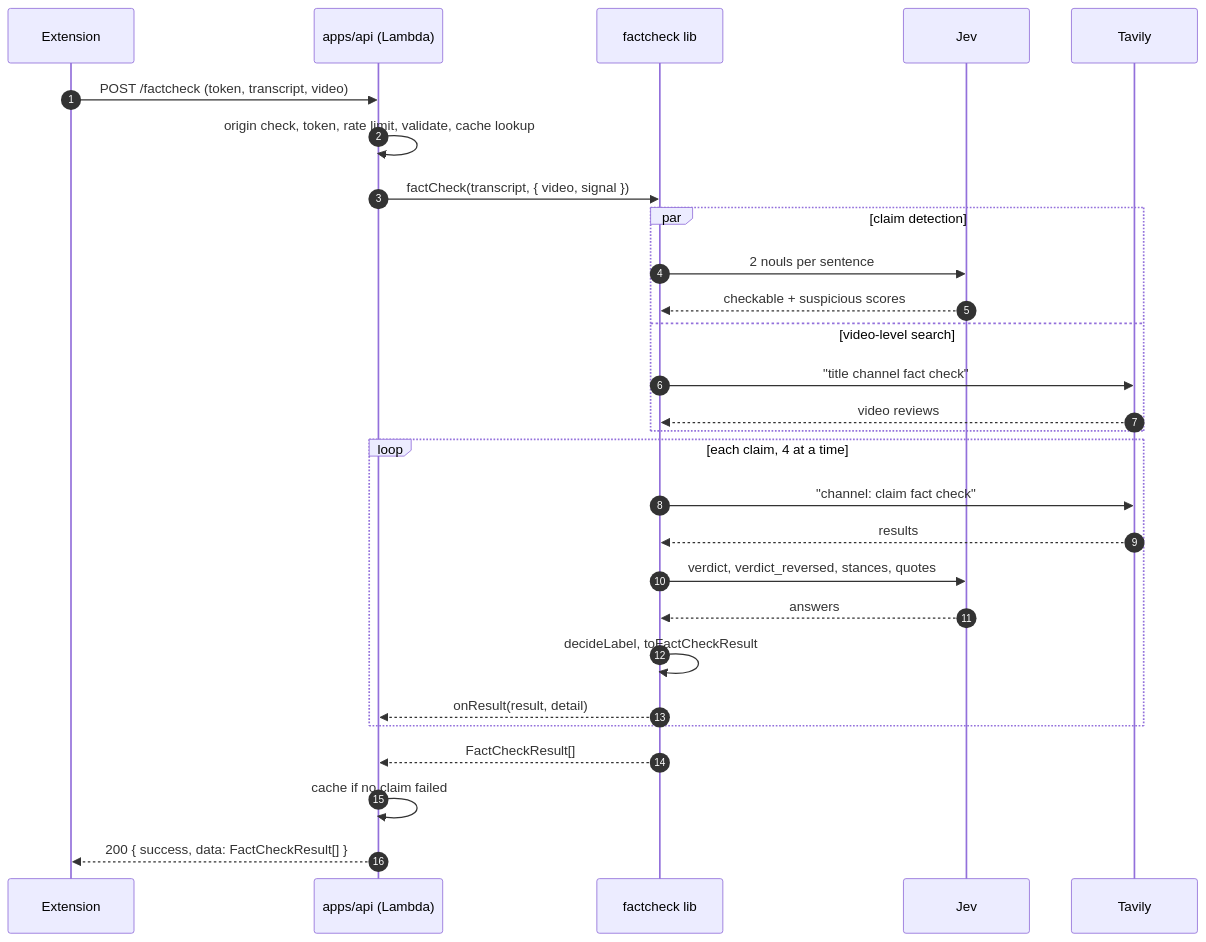
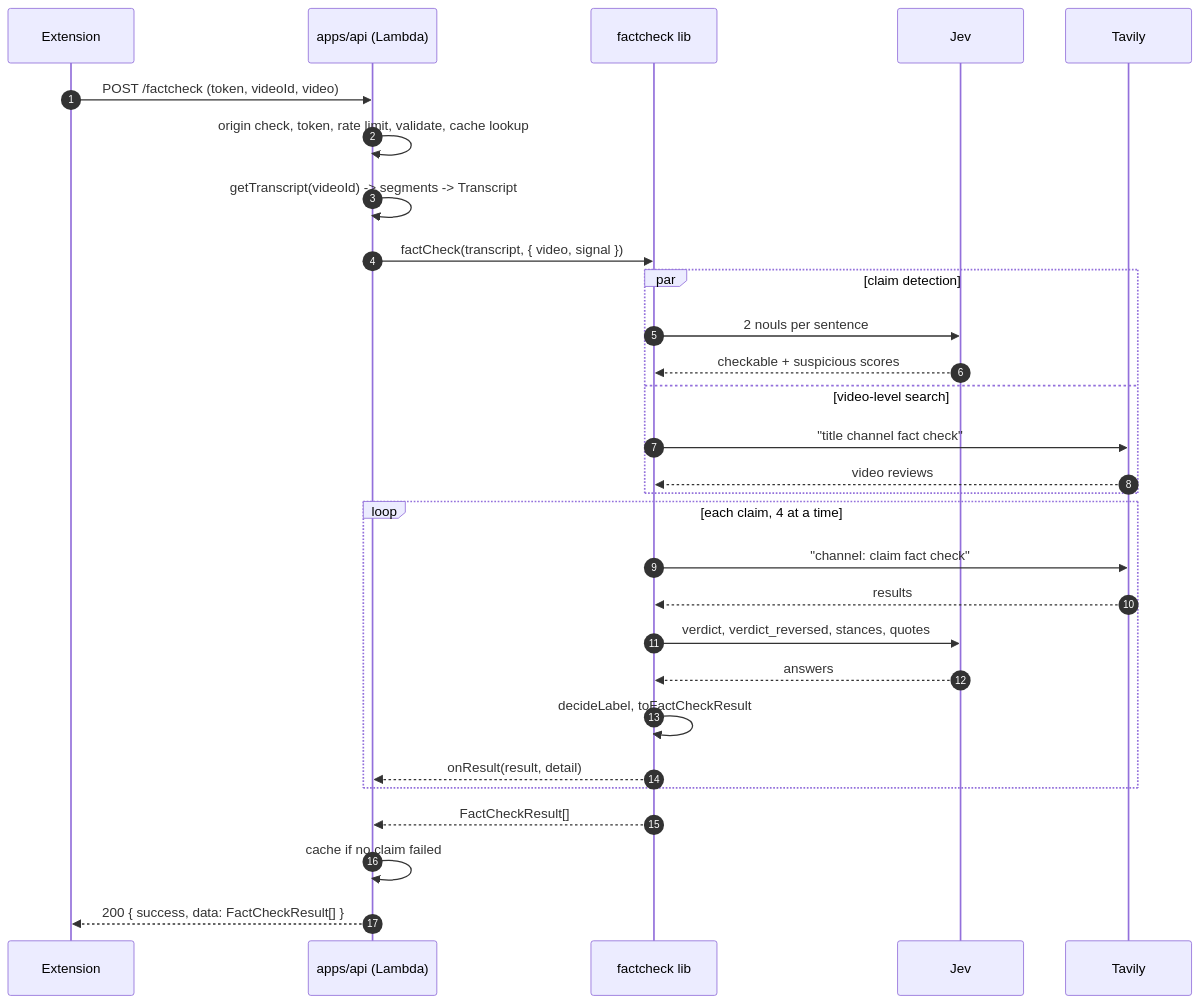
Before and after one commit to twbraam/pila: the sixth of 6 diagrams in packages/factcheck/docs/workflow.md, drawn with Mermaid. The commit also changed other lines of this file and 19 other files, not shown here.

First line of the commit message:
feat: API takes a YouTube video ID and loads the transcript itself

````diff
--- a/packages/factcheck/docs/workflow.md
+++ b/packages/factcheck/docs/workflow.md
@@ -193,31 +203,32 @@
 ```mermaid
 sequenceDiagram
     autonumber
     participant EXT as Extension
     participant API as apps/api (Lambda)
     participant FC as factcheck lib
     participant J as Jev
     participant T as Tavily
 
-    EXT->>API: POST /factcheck (token, transcript, video)
+    EXT->>API: POST /factcheck (token, videoId, video)
     API->>API: origin check, token, rate limit, validate, cache lookup
+    API->>API: getTranscript(videoId) -> segments -> Transcript
     API->>FC: factCheck(transcript, { video, signal })
     par claim detection
         FC->>J: 2 nouls per sentence
         J-->>FC: checkable + suspicious scores
     and video-level search
         FC->>T: "title channel fact check"
         T-->>FC: video reviews
     end
     loop each claim, 4 at a time
         FC->>T: "channel: claim fact check"
         T-->>FC: results
         FC->>J: verdict, verdict_reversed, stances, quotes
         J-->>FC: answers
         FC->>FC: decideLabel, toFactCheckResult
         FC-->>API: onResult(result, detail)
     end
     FC-->>API: FactCheckResult[]
     API->>API: cache if no claim failed
     API-->>EXT: 200 { success, data: FactCheckResult[] }
 ```
````
